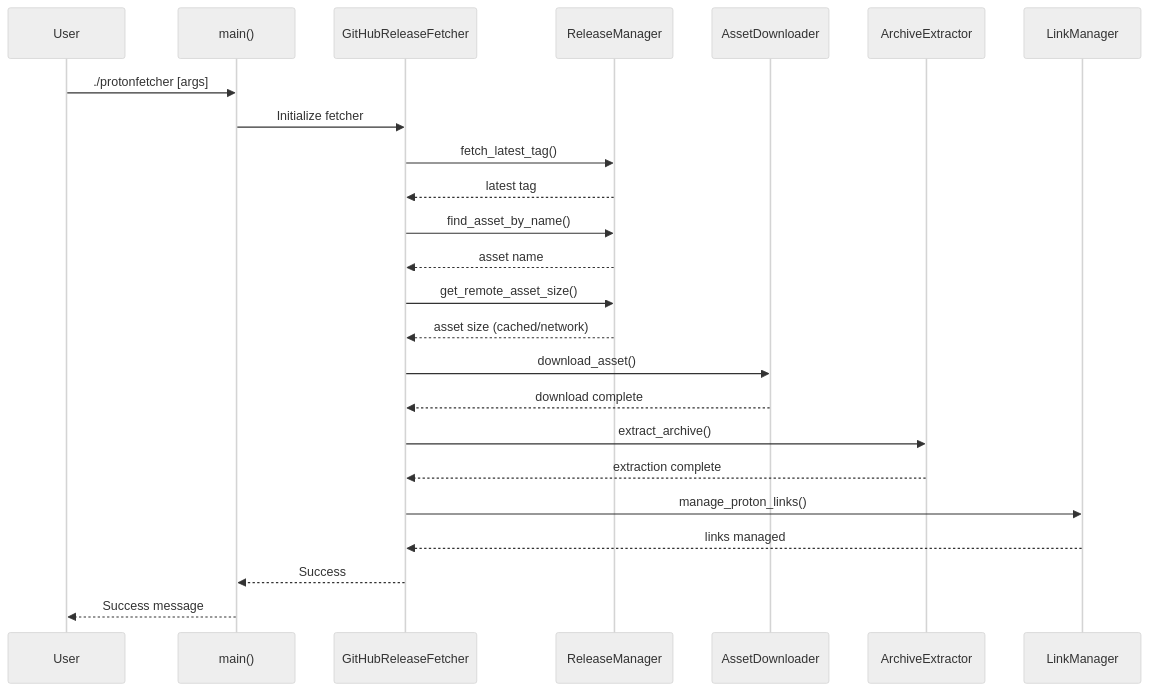
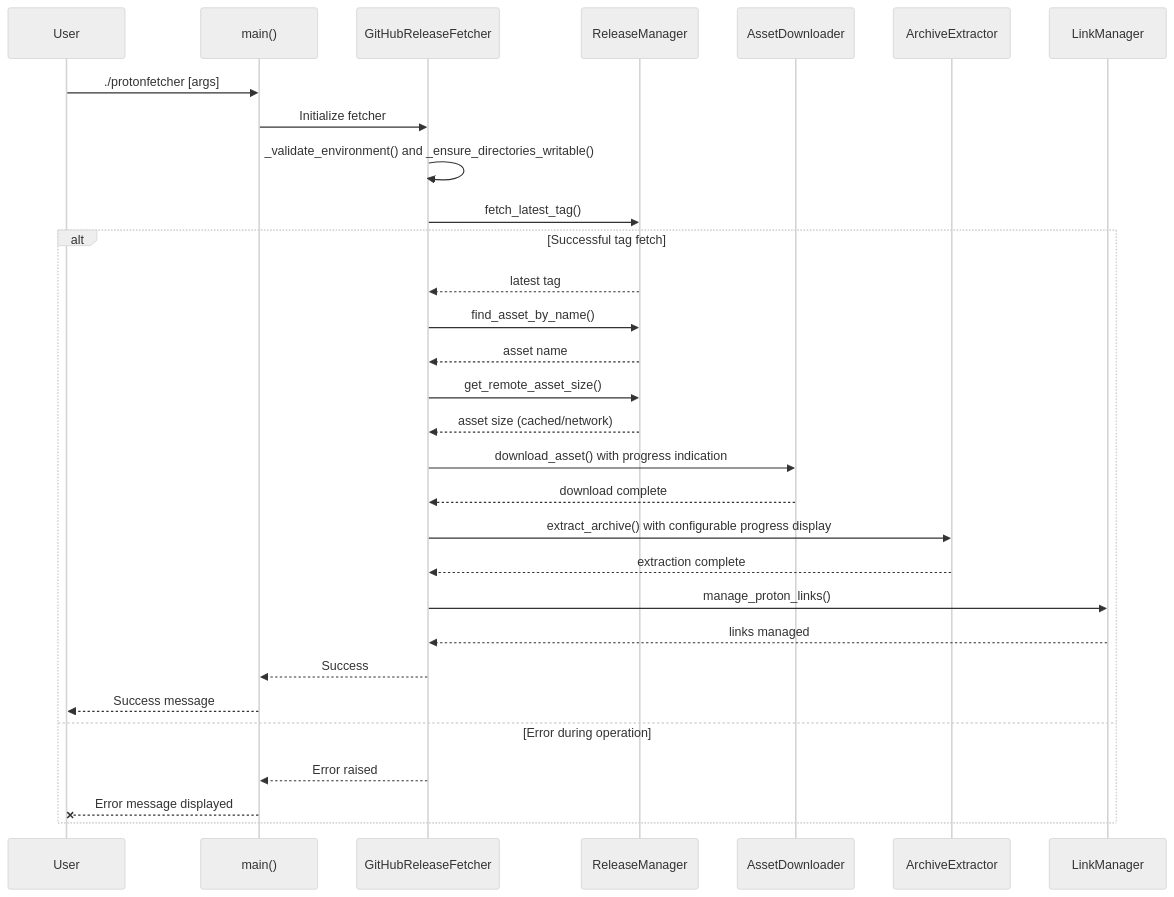
Before and after one commit to WombatFromHell/protonge-fetcher: the third of 8 diagrams in DESIGN.md, drawn with Mermaid (neutral theme). The commit also changed other lines of this file and 41 other files, not shown here.

````diff
--- a/DESIGN.md
+++ b/DESIGN.md
@@ -101,27 +246,33 @@
 ```mermaid
 sequenceDiagram
     participant U as User
     participant M as main()
     participant F as GitHubReleaseFetcher
     participant RM as ReleaseManager
     participant AD as AssetDownloader
     participant AE as ArchiveExtractor
     participant LM as LinkManager
 
     U->>M: ./protonfetcher [args]
     M->>F: Initialize fetcher
+    F->>F: _validate_environment() and _ensure_directories_writable()
     F->>RM: fetch_latest_tag()
-    RM-->>F: latest tag
-    F->>RM: find_asset_by_name()
-    RM-->>F: asset name
-    F->>RM: get_remote_asset_size()
-    RM-->>F: asset size (cached/network)
-    F->>AD: download_asset()
-    AD-->>F: download complete
-    F->>AE: extract_archive()
-    AE-->>F: extraction complete
-    F->>LM: manage_proton_links()
-    LM-->>F: links managed
-    F-->>M: Success
-    M-->>U: Success message
+    alt Successful tag fetch
+        RM-->>F: latest tag
+        F->>RM: find_asset_by_name()
+        RM-->>F: asset name
+        F->>RM: get_remote_asset_size()
+        RM-->>F: asset size (cached/network)
+        F->>AD: download_asset() with progress indication
+        AD-->>F: download complete
+        F->>AE: extract_archive() with configurable progress display
+        AE-->>F: extraction complete
+        F->>LM: manage_proton_links()
+        LM-->>F: links managed
+        F-->>M: Success
+        M-->>U: Success message
+    else Error during operation
+        F-->>M: Error raised
+        M--x U: Error message displayed
+    end
 ```
````
